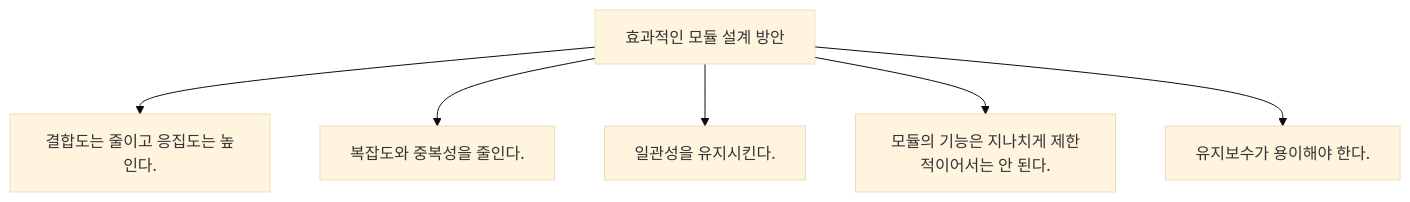
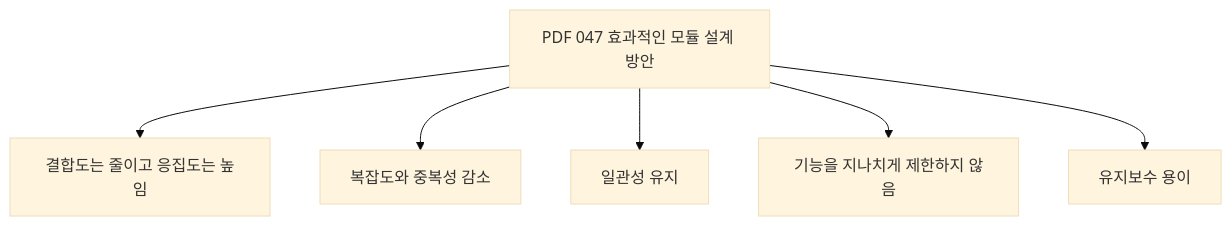
Before and after one commit to nes0903/study: the third of 9 diagrams in 정보처리기사/1과목 소프트웨어 설계/047 효과적인 모듈 설계 방안/047 효과적인 모듈 설계 방안.md, drawn with Mermaid (base theme). The commit also changed other lines of this file and 318 other files, not shown here.

````diff
--- a/정보처리기사/1과목 소프트웨어 설계/047 효과적인 모듈 설계 방안/047 효과적인 모듈 설계 방안.md
+++ b/정보처리기사/1과목 소프트웨어 설계/047 효과적인 모듈 설계 방안/047 효과적인 모듈 설계 방안.md
@@ -13,9 +59,9 @@
 ```mermaid
 flowchart TD
-    A["효과적인 모듈 설계 방안"]
-    A --> N1["결합도는 줄이고 응집도는 높인다."]
-    A --> N2["복잡도와 중복성을 줄인다."]
-    A --> N3["일관성을 유지시킨다."]
-    A --> N4["모듈의 기능은 지나치게 제한적이어서는 안 된다."]
-    A --> N5["유지보수가 용이해야 한다."]
+    A["PDF 047 효과적인 모듈 설계 방안"]
+    A --> B["결합도는 줄이고 응집도는 높임"]
+    A --> C["복잡도와 중복성 감소"]
+    A --> D["일관성 유지"]
+    A --> E["기능을 지나치게 제한하지 않음"]
+    A --> F["유지보수 용이"]
 ```
````
